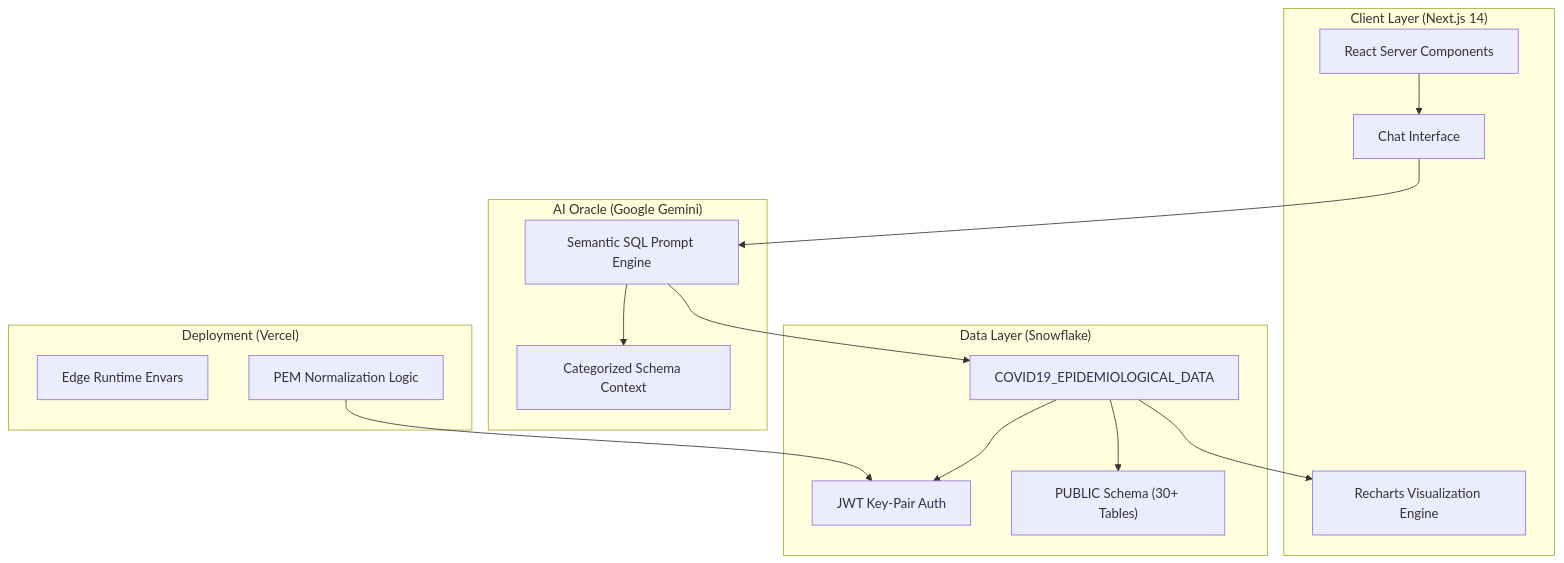
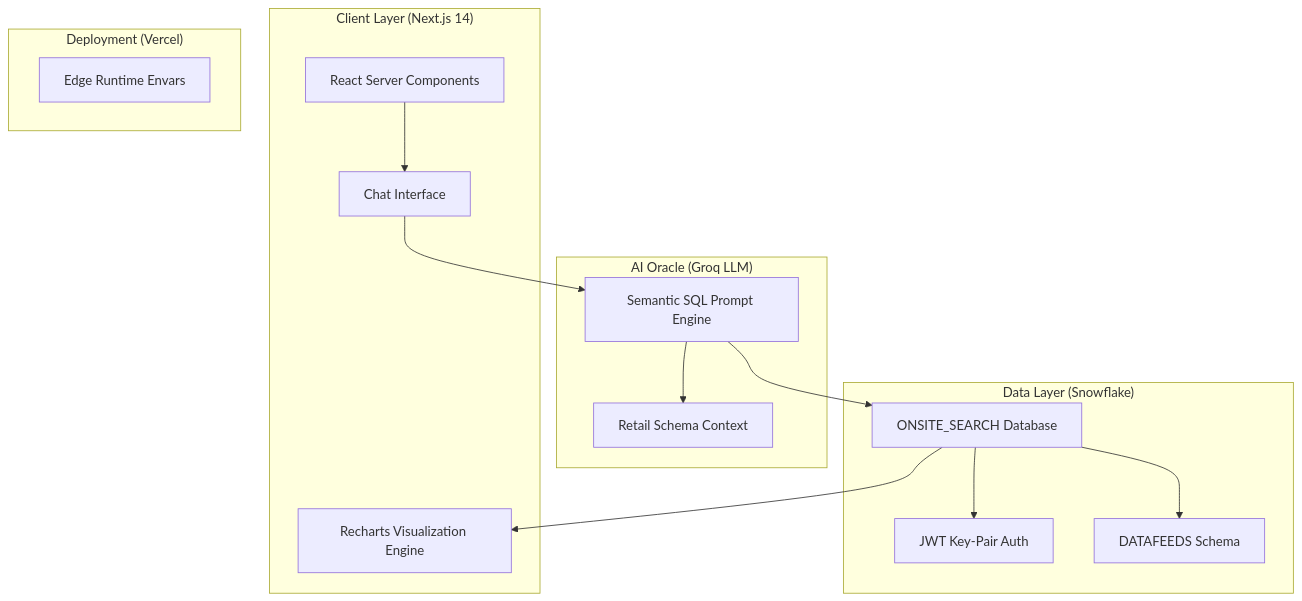
Before and after one commit to krishnaperi/nlp-sql-dashboard-retail-intelligence: the diagram in README.md, drawn with Mermaid. The commit also changed other lines of this file, not shown here.

Commit message:
docs: update README for retail intelligence project context

````diff
--- a/README.md
+++ b/README.md
@@ -9,33 +9,31 @@
 ```mermaid
 graph TD
     subgraph "Client Layer (Next.js 14)"
         UI["React Server Components"]
         CHT["Chat Interface"]
         VIZ["Recharts Visualization Engine"]
     end
 
-    subgraph "AI Oracle (Google Gemini)"
+    subgraph "AI Oracle (Groq LLM)"
         PRM["Semantic SQL Prompt Engine"]
-        SCH["Categorized Schema Context"]
+        SCH["Retail Schema Context"]
     end
 
     subgraph "Data Layer (Snowflake)"
         JWT["JWT Key-Pair Auth"]
-        SF["COVID19_EPIDEMIOLOGICAL_DATA"]
-        PUB["PUBLIC Schema (30+ Tables)"]
+        SF["ONSITE_SEARCH Database"]
+        PUB["DATAFEEDS Schema"]
     end
 
     subgraph "Deployment (Vercel)"
         ENV["Edge Runtime Envars"]
-        NORM["PEM Normalization Logic"]
     end
 
     UI --> CHT
     CHT --> PRM
     PRM --> SCH
     PRM --> SF
     SF --> JWT
     SF --> PUB
     SF --> VIZ
-    NORM --> JWT
 ```
````
